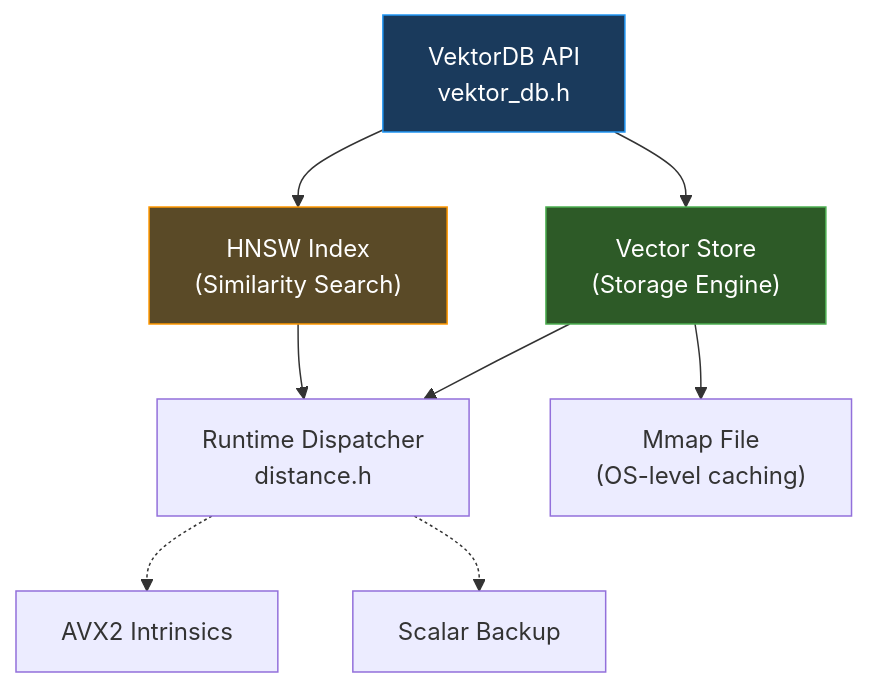
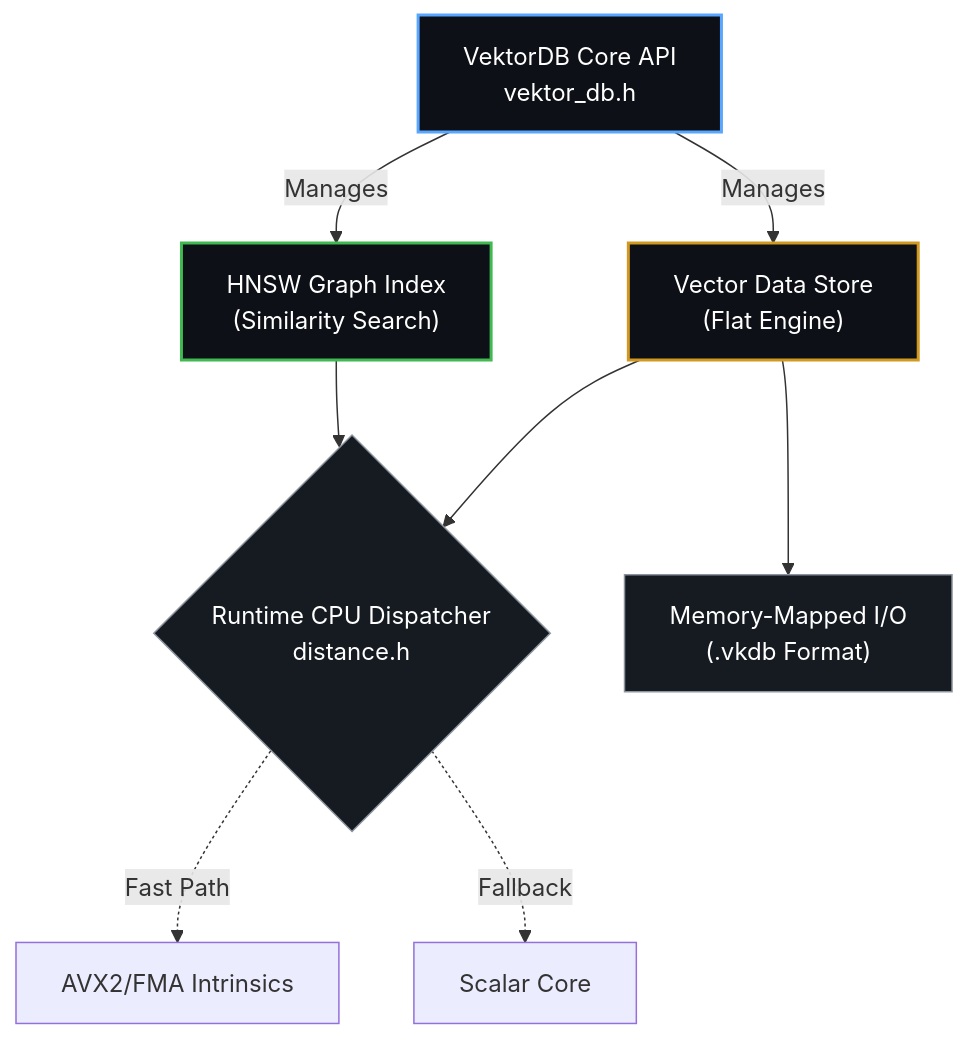
Before and after one commit to rahulnautiyal005/VektorDB: the diagram in README.md, drawn with Mermaid. The commit also changed other lines of this file, not shown here.

````diff
--- a/README.md
+++ b/README.md
@@ -74,14 +52,19 @@
 ```mermaid
 graph TD
-    A["VektorDB API<br/>vektor_db.h"] --> B["HNSW Index<br/>(Similarity Search)"]
-    A --> C["Vector Store<br/>(Storage Engine)"]
-    B --> D["Runtime Dispatcher<br/>distance.h"]
+    A["VektorDB Core API<br/>vektor_db.h"] -->|Manages| B["HNSW Graph Index<br/>(Similarity Search)"]
+    A -->|Manages| C["Vector Data Store<br/>(Flat Engine)"]
+    
+    B --> D{"Runtime CPU Dispatcher<br/>distance.h"}
     C --> D
-    C --> E["Mmap File<br/>(OS-level caching)"]
-    D -.-> F["AVX2 Intrinsics"]
-    D -.-> G["Scalar Backup"]
+    
+    C --> E["Memory-Mapped I/O<br/>(.vkdb Format)"]
+    
+    D -.->|Fast Path| F["AVX2/FMA Intrinsics"]
+    D -.->|Fallback| G["Scalar Core"]
 
-    style A fill:#1a3a5c,stroke:#2196F3,color:#fff
-    style B fill:#5a4a27,stroke:#FF9800,color:#fff
-    style C fill:#2d5a27,stroke:#4CAF50,color:#fff
+    style A fill:#0d1117,stroke:#58a6ff,color:#fff,stroke-width:2px
+    style B fill:#0d1117,stroke:#3fb950,color:#fff,stroke-width:2px
+    style C fill:#0d1117,stroke:#d29922,color:#fff,stroke-width:2px
+    style D fill:#161b22,stroke:#8b949e,color:#fff
+    style E fill:#161b22,stroke:#8b949e,color:#fff
 ```
````
